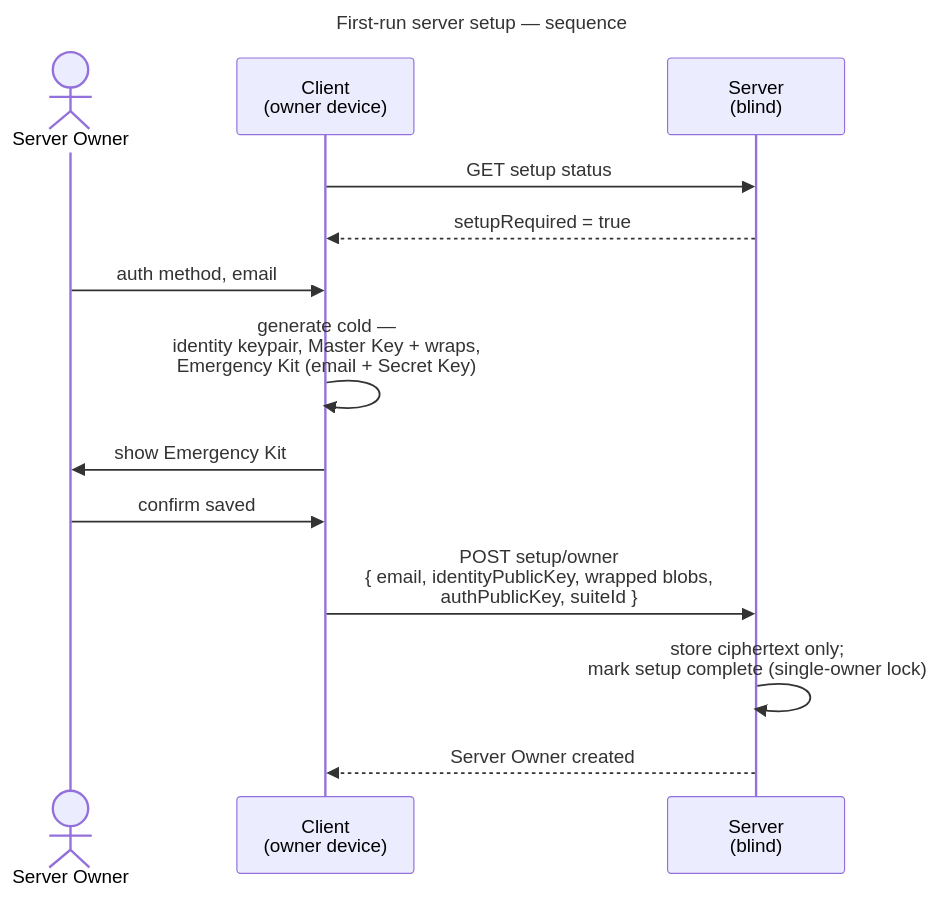
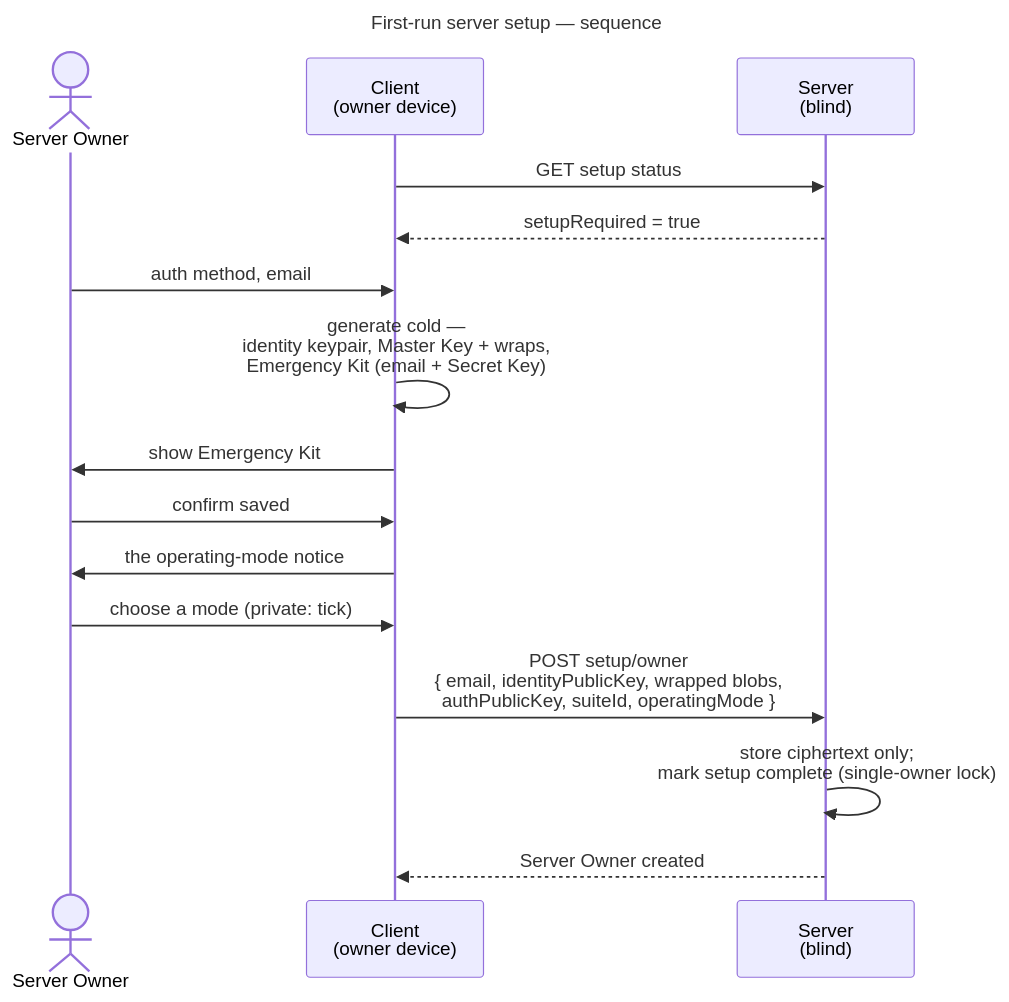
Before and after one commit to raddatzk/veyq: the first of 2 diagrams in docs/features/admin/use-cases/uc.admin.setup-server.md, drawn with Mermaid. The commit also changed other lines of this file and 5 other files, not shown here.

First line of the commit message:
docs(admin): uc.admin.operator-details, the mode step of setup, the contact's code confirmation

````diff
--- a/docs/features/admin/use-cases/uc.admin.setup-server.md
+++ b/docs/features/admin/use-cases/uc.admin.setup-server.md
@@ -34,18 +42,20 @@
 ```mermaid
 ---
 title: First-run server setup — sequence
 ---
 sequenceDiagram
   actor O as Server Owner
   participant C as Client<br>(owner device)
   participant S as Server<br>(blind)
   C->>S: GET setup status
   S-->>C: setupRequired = true
   O->>C: auth method, email
   C->>C: generate cold —<br>identity keypair, Master Key + wraps,<br>Emergency Kit (email + Secret Key)
   C->>O: show Emergency Kit
   O->>C: confirm saved
-  C->>S: POST setup/owner<br>{ email, identityPublicKey, wrapped blobs,<br>authPublicKey, suiteId }
+  C->>O: the operating-mode notice
+  O->>C: choose a mode (private: tick)
+  C->>S: POST setup/owner<br>{ email, identityPublicKey, wrapped blobs,<br>authPublicKey, suiteId, operatingMode }
   S->>S: store ciphertext only#59;<br>mark setup complete (single-owner lock)
   S-->>C: Server Owner created
 ```
````
